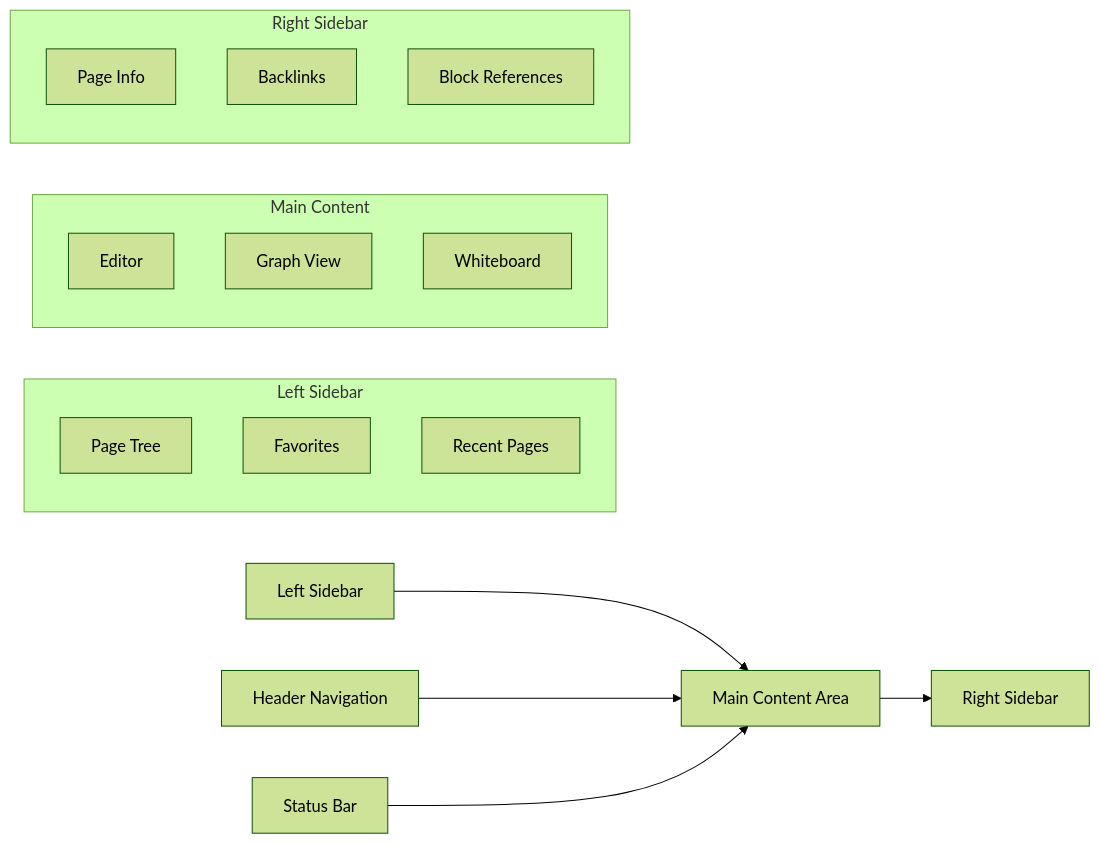
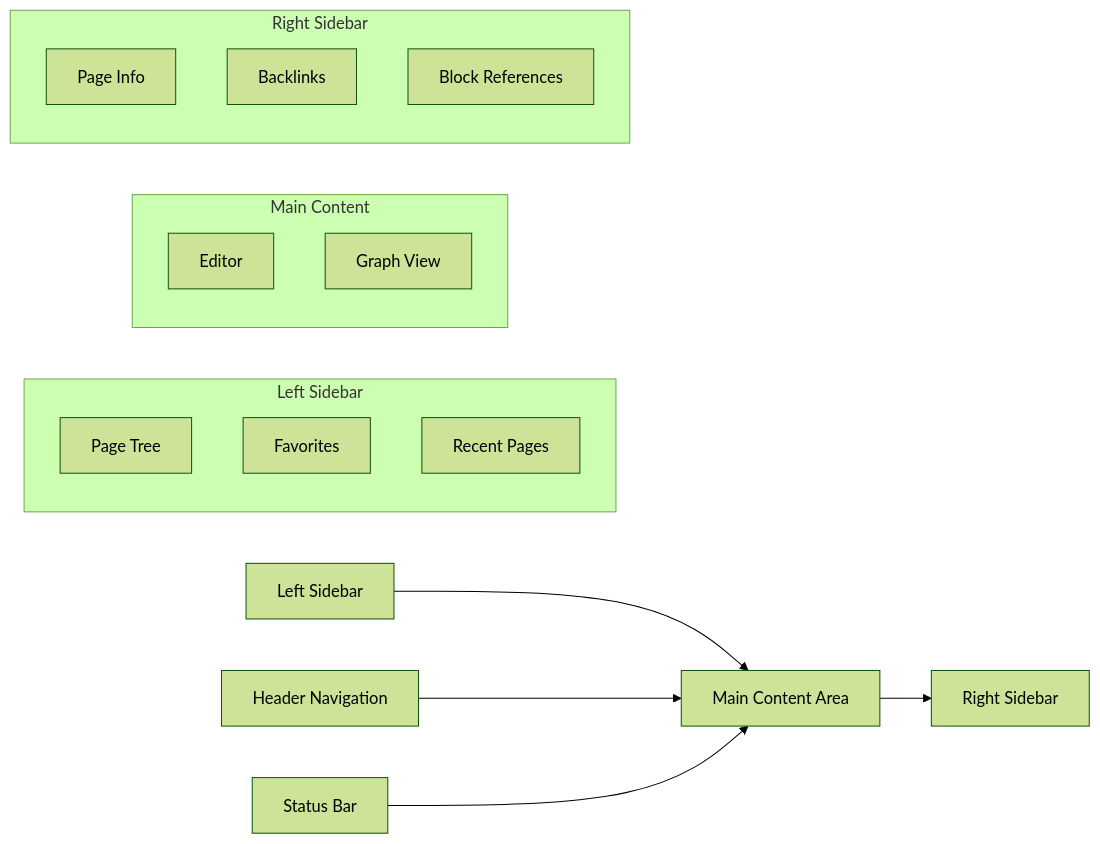
The second of 2 diagrams in dz/docs/02-architecture/application-overview.md (hdansou/logseq), drawn with Mermaid (forest theme) before and after one commit. The commit also changed other lines of this file and 140 other files, not shown here.

````diff
--- a/dz/docs/02-architecture/application-overview.md
+++ b/dz/docs/02-architecture/application-overview.md
@@ -101,25 +102,24 @@
 ```mermaid
 graph LR
     A[Left Sidebar] --> B[Main Content Area]
     B --> C[Right Sidebar]
     D[Header Navigation] --> B
     E[Status Bar] --> B
 
     subgraph "Left Sidebar"
         F[Page Tree]
         G[Favorites]
         H[Recent Pages]
     end
 
     subgraph "Main Content"
         I[Editor]
         J[Graph View]
-        K[Whiteboard]
     end
 
     subgraph "Right Sidebar"
         L[Page Info]
         M[Backlinks]
         N[Block References]
     end
 ```
````
